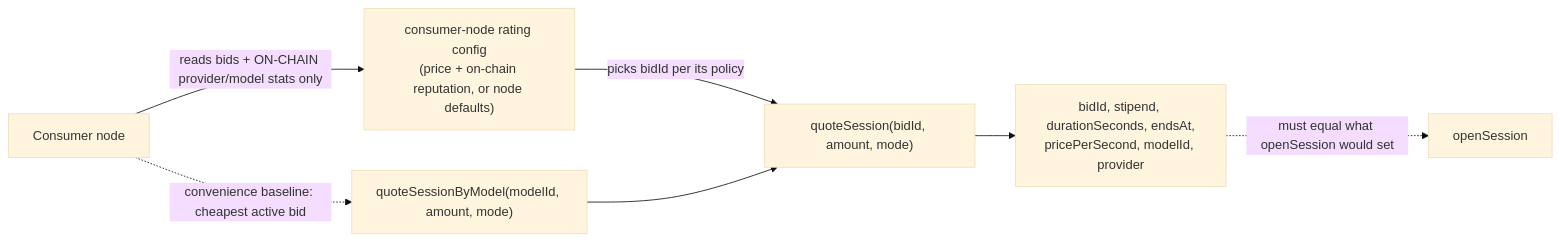
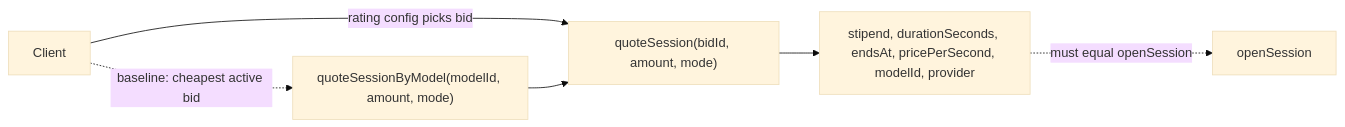
The first of 4 diagrams in smart-contracts/docs/inference-contract-enhancements-rfp.md (cowboycoderhq/Morpheus-Lumerin-Node), drawn with Mermaid (base theme) before and after one commit. The commit also changed other lines of this file and 2 other files, not shown here.

````diff
--- a/smart-contracts/docs/inference-contract-enhancements-rfp.md
+++ b/smart-contracts/docs/inference-contract-enhancements-rfp.md
@@ -600,9 +166,8 @@
 ```mermaid
 flowchart LR
-  U["Consumer node"] -->|"reads bids + ON-CHAIN provider/model stats only"| RATE["consumer-node rating config<br/>(price + on-chain reputation, or node defaults)"]
-  RATE -->|"picks bidId per its policy"| Q["quoteSession(bidId, amount, mode)"]
-  U -.->|"convenience baseline: cheapest active bid"| QM["quoteSessionByModel(modelId, amount, mode)"]
+  U["Client"] -->|"rating config picks bid"| Q["quoteSession(bidId, amount, mode)"]
+  U -.->|"baseline: cheapest active bid"| QM["quoteSessionByModel(modelId, amount, mode)"]
   QM --> Q
-  Q --> R["bidId, stipend, durationSeconds, endsAt,<br/>pricePerSecond, modelId, provider"]
-  R -.->|"must equal what openSession would set"| OS["openSession"]
+  Q --> R["stipend, durationSeconds, endsAt, pricePerSecond, modelId, provider"]
+  R -.->|"must equal openSession"| OS["openSession"]
 ```
````
